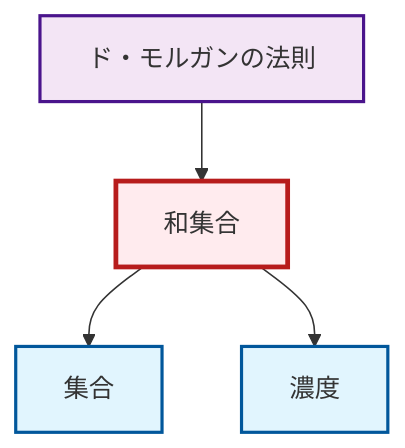
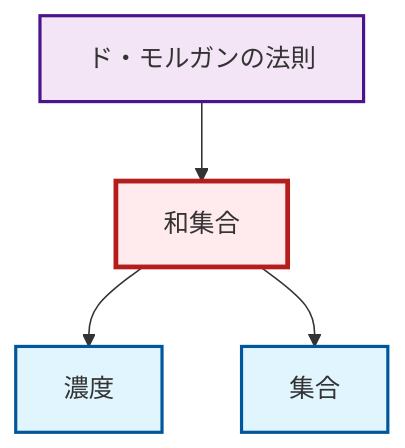
The diagram in output/mermaid/ja/def-union.mermaid (RK0429/ModernMath), drawn with Mermaid before and after one commit. The commit also changed other lines of this file and 3102 other files, not shown here.

```diff
--- a/output/mermaid/ja/def-union.mermaid
+++ b/output/mermaid/ja/def-union.mermaid
@@ -1,14 +1,14 @@
 graph TD
     classDef definition fill:#e1f5fe,stroke:#01579b,stroke-width:2px
     classDef theorem fill:#f3e5f5,stroke:#4a148c,stroke-width:2px
     classDef axiom fill:#fff3e0,stroke:#e65100,stroke-width:2px
     classDef example fill:#e8f5e9,stroke:#1b5e20,stroke-width:2px
     classDef current fill:#ffebee,stroke:#b71c1c,stroke-width:3px
+    def-union["和集合"]:::definition
     def-cardinality["濃度"]:::definition
     def-set["集合"]:::definition
-    def-union["和集合"]:::definition
     thm-de-morgan["ド・モルガンの法則"]:::theorem
-    def-union --> def-set
     thm-de-morgan --> def-union
     def-union --> def-cardinality
+    def-union --> def-set
     class def-union current
```
